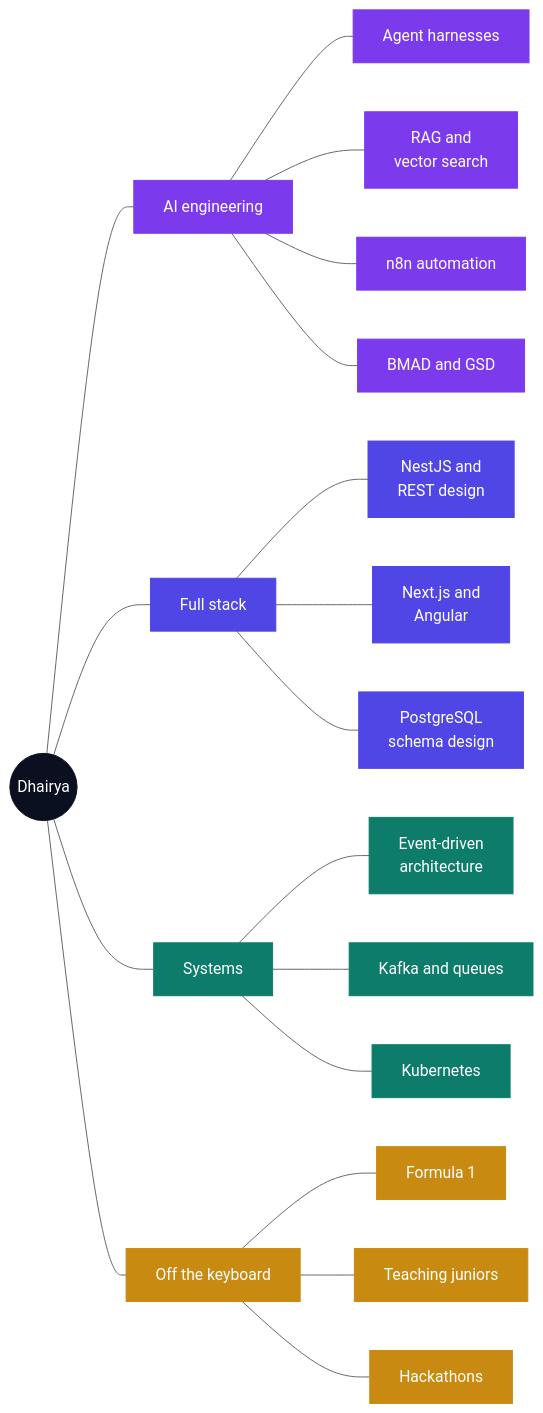
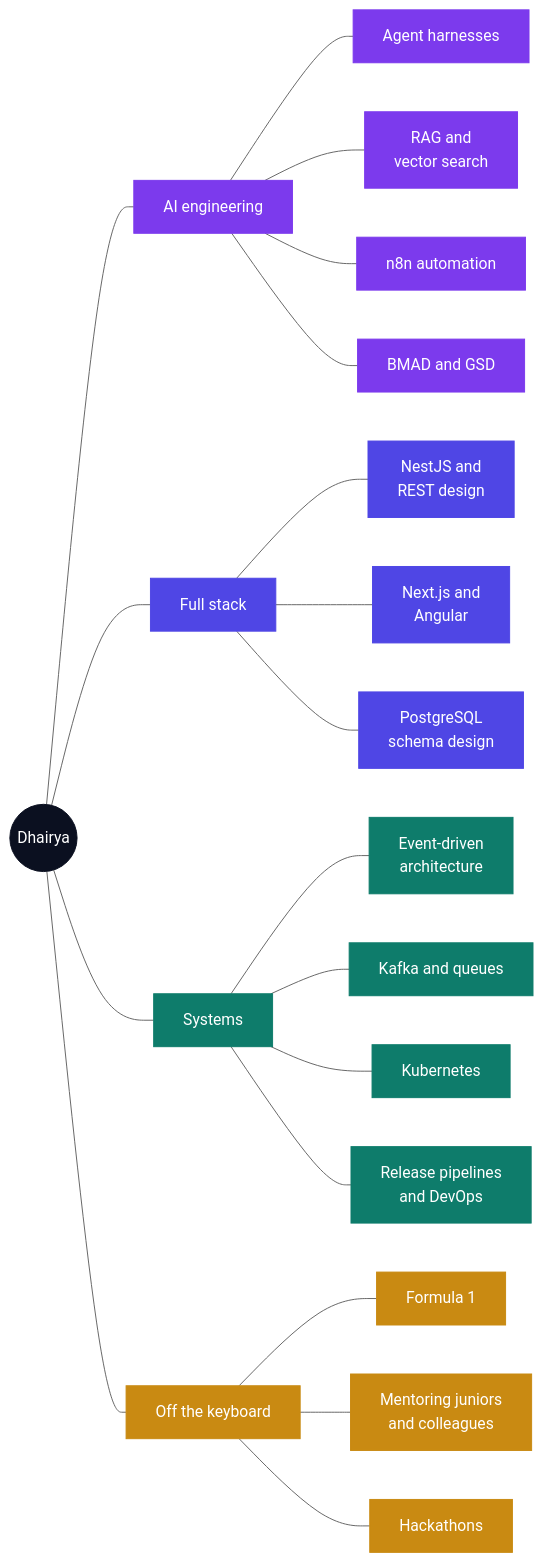
Before and after one commit to Dhairya-007/Dhairya-007: the fifth of 5 diagrams in README.md, drawn with Mermaid (neutral theme). The commit also changed other lines of this file, not shown here.

````diff
--- a/README.md
+++ b/README.md
@@ -278,32 +398,33 @@
 ```mermaid
 flowchart LR
     U((Dhairya))
     U --- A[AI engineering]
     U --- F[Full stack]
     U --- S[Systems]
     U --- O[Off the keyboard]
     A --- A1[Agent harnesses]
     A --- A2[RAG and<br/>vector search]
     A --- A3[n8n automation]
     A --- A4[BMAD and GSD]
     F --- F1[NestJS and<br/>REST design]
     F --- F2[Next.js and<br/>Angular]
     F --- F3[PostgreSQL<br/>schema design]
     S --- S1[Event-driven<br/>architecture]
     S --- S2[Kafka and queues]
     S --- S3[Kubernetes]
+    S --- S4[Release pipelines<br/>and DevOps]
     O --- O1[Formula 1]
-    O --- O2[Teaching juniors]
+    O --- O2[Mentoring juniors<br/>and colleagues]
     O --- O3[Hackathons]
 
     classDef root fill:#0B1020,stroke:#0B1020,color:#fff
     classDef ai fill:#7C3AED,stroke:#7C3AED,color:#fff
     classDef full fill:#4F46E5,stroke:#4F46E5,color:#fff
     classDef sys fill:#0E7C6B,stroke:#0E7C6B,color:#fff
     classDef off fill:#C98A12,stroke:#C98A12,color:#fff
     class U root
     class A,A1,A2,A3,A4 ai
     class F,F1,F2,F3 full
-    class S,S1,S2,S3 sys
+    class S,S1,S2,S3,S4 sys
     class O,O1,O2,O3 off
 ```
````
